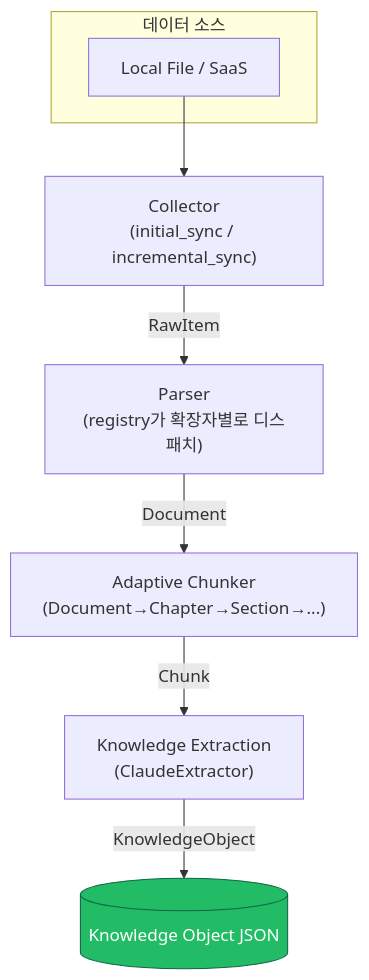
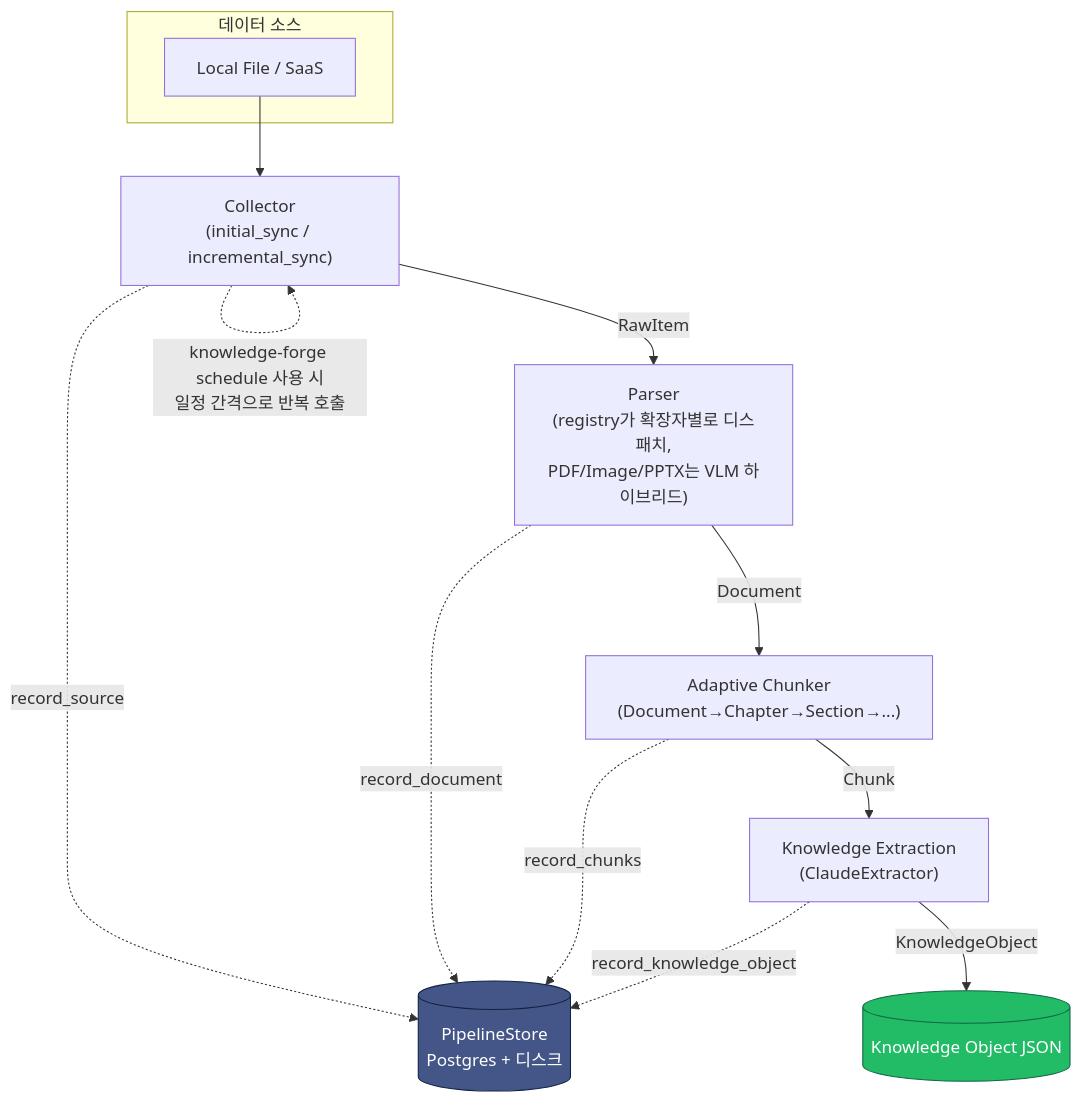
One commit to pilsu-choi/knowledge-forge changed the diagram in wiki/architecture.md. Above: the diagram before and after it, drawn with Mermaid. The commit also changed other lines of this file and 59 other files, not shown here.

First line of the commit message:
feat: 저장소, 스케줄링, 인증, VLM 하이브리드 파싱 추가 (Phase 2)

````diff
--- a/wiki/architecture.md
+++ b/wiki/architecture.md
@@ -9,14 +9,21 @@
 ```mermaid
 flowchart TD
     subgraph Sources["데이터 소스"]
         F[Local File / SaaS]
     end
 
     F --> C["Collector\n(initial_sync / incremental_sync)"]
-    C -->|RawItem| P["Parser\n(registry가 확장자별로 디스패치)"]
+    C -->|RawItem| P["Parser\n(registry가 확장자별로 디스패치,\nPDF/Image/PPTX는 VLM 하이브리드)"]
     P -->|Document| CH["Adaptive Chunker\n(Document→Chapter→Section→...)"]
     CH -->|Chunk| E["Knowledge Extraction\n(ClaudeExtractor)"]
     E -->|KnowledgeObject| KO[(Knowledge Object JSON)]
 
+    C -. "knowledge-forge schedule" 사용 시\n일정 간격으로 반복 호출 .-> C
+    C -.->|record_source| ST[(PipelineStore\nPostgres + 디스크)]
+    P -.->|record_document| ST
+    CH -.->|record_chunks| ST
+    E -.->|record_knowledge_object| ST
+
     style KO fill:#2b6,stroke:#164,color:#fff
+    style ST fill:#458,stroke:#124,color:#fff
 ```
````
